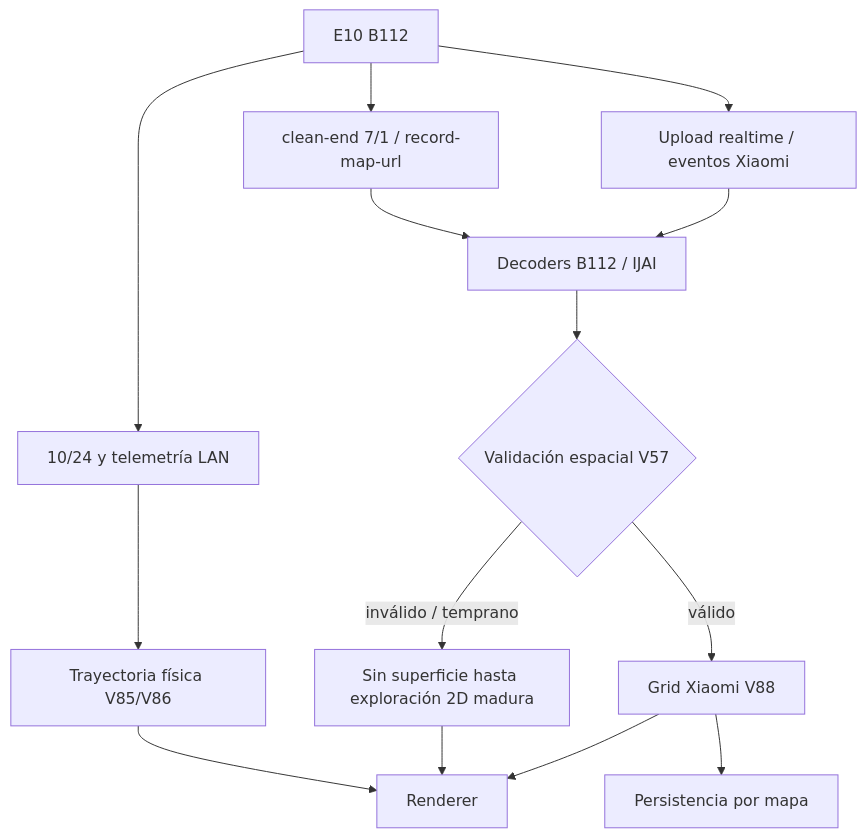
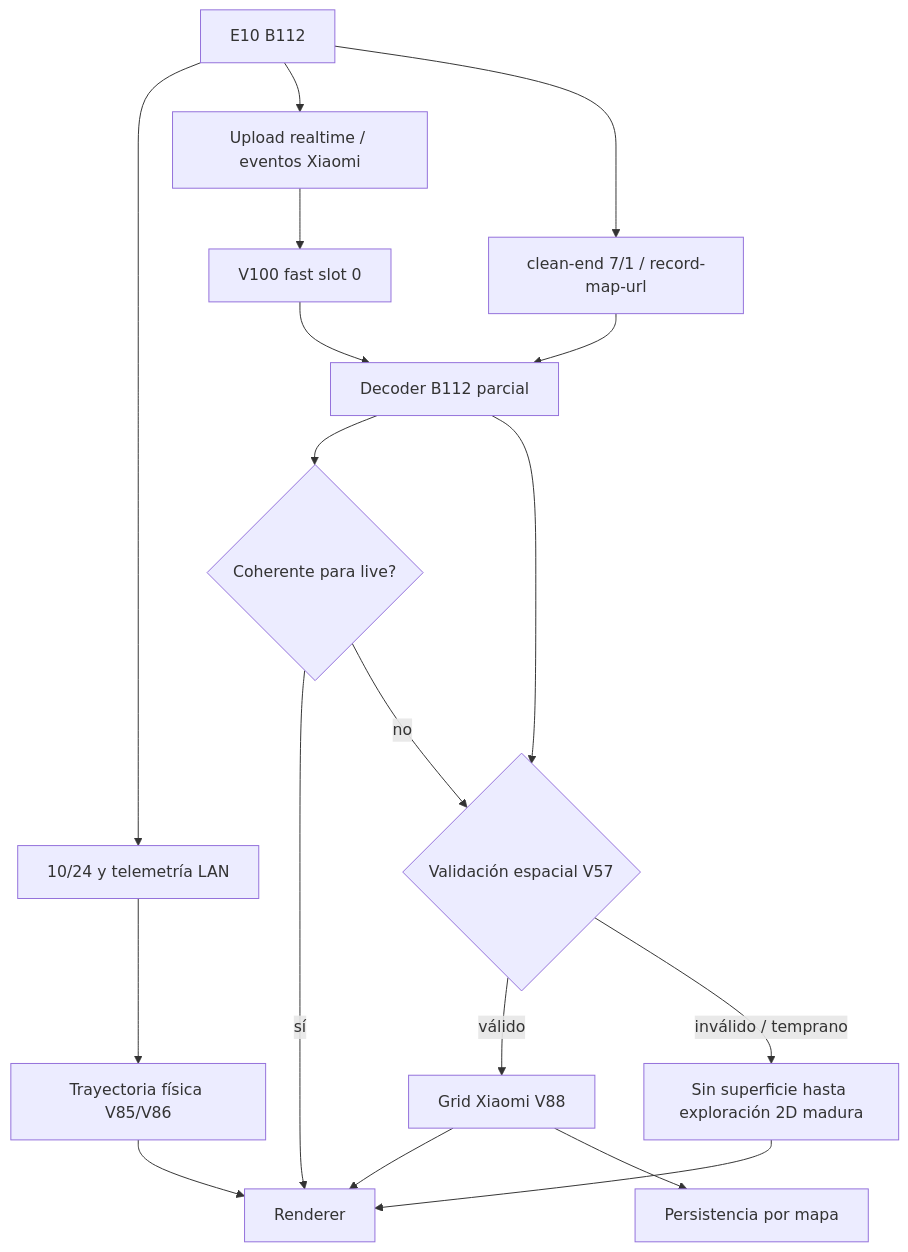
Before and after one commit to Yakoderaa/Aspiradora-Xiaomi: the diagram in docs/MAPPING.md, drawn with Mermaid. The commit also changed other lines of this file and 8 other files, not shown here.

Commit message:
V100: stream Xiaomi slot 0 live before final map validation

````diff
--- a/docs/MAPPING.md
+++ b/docs/MAPPING.md
@@ -81,16 +81,20 @@
 ```mermaid
 flowchart TD
     A["E10 B112"] --> B["10/24 y telemetría LAN"]
     A --> C["Upload realtime / eventos Xiaomi"]
     A --> D["clean-end 7/1 / record-map-url"]
-    C --> E["Decoders B112 / IJAI"]
+    C --> L["V100 fast slot 0"]
+    L --> E["Decoder B112 parcial"]
     D --> E
-    E --> F{"Validación espacial V57"}
+    E --> P{"Coherente para live?"}
+    P -->|sí| J["Renderer Xiaomi live"]
+    P -->|no| F{"Validación espacial V57"}
+    E --> F
     F -->|válido| G["Grid Xiaomi V88"]
     F -->|inválido / temprano| H["Sin superficie hasta exploración 2D madura"]
     B --> I["Trayectoria física V85/V86"]
     G --> J["Renderer"]
     H --> J
     I --> J
     G --> K["Persistencia por mapa"]
 ```
````
